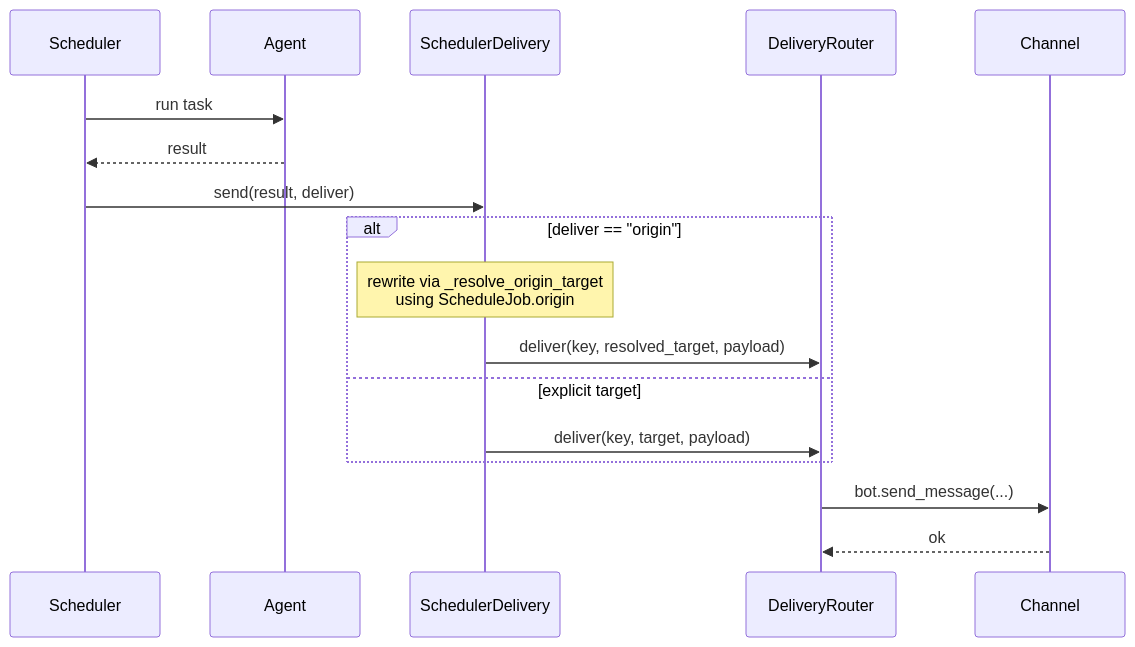
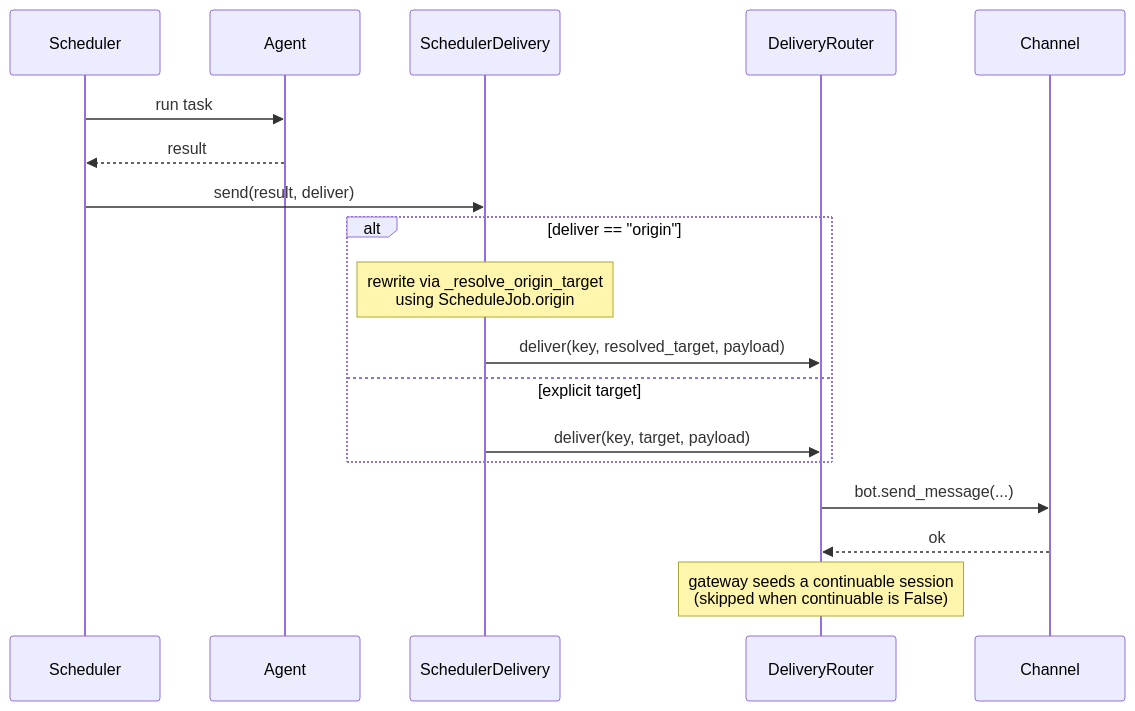
One commit to MervinPraison/PraisonAIDocs changed the sixth of 8 diagrams in docs/features/scheduler-delivery.mdx. Above: the diagram before and after it, drawn with Mermaid. The commit also changed other lines of this file and 4 other files, not shown here.

First line of the commit message:
docs: document continuable-by-default scheduled-job delivery (fixes #2444)

````diff
--- a/docs/features/scheduler-delivery.mdx
+++ b/docs/features/scheduler-delivery.mdx
@@ -432,20 +451,21 @@
 ```mermaid
 sequenceDiagram
     participant Scheduler
     participant Agent
     participant SchedulerDelivery
     participant DeliveryRouter
     participant Channel
 
     Scheduler->>Agent: run task
     Agent-->>Scheduler: result
     Scheduler->>SchedulerDelivery: send(result, deliver)
     alt deliver == "origin"
         Note over SchedulerDelivery: rewrite via _resolve_origin_target<br/>using ScheduleJob.origin
         SchedulerDelivery->>DeliveryRouter: deliver(key, resolved_target, payload)
     else explicit target
         SchedulerDelivery->>DeliveryRouter: deliver(key, target, payload)
     end
     DeliveryRouter->>Channel: bot.send_message(...)
     Channel-->>DeliveryRouter: ok
+    Note over DeliveryRouter: gateway seeds a continuable session<br/>(skipped when continuable is False)
 ```
````
